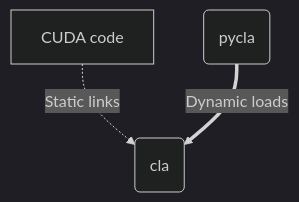
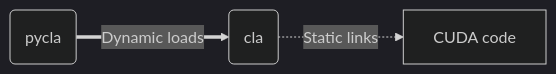
One commit to moesio-f/cla changed the diagram in README.md. Above: the diagram before and after it, drawn with Mermaid (dark theme). The commit also changed other lines of this file, not shown here.

````diff
--- a/README.md
+++ b/README.md
@@ -57,9 +57,9 @@
 ```mermaid
-flowchart TD
+flowchart LR
   cla("`cla`")
   pycla("`pycla`")
   cuda["CUDA code"]
 
-  cuda-.->|Static links| cla
+  cla-.->|Static links| cuda
   pycla==>|Dynamic loads| cla
 ```
````
